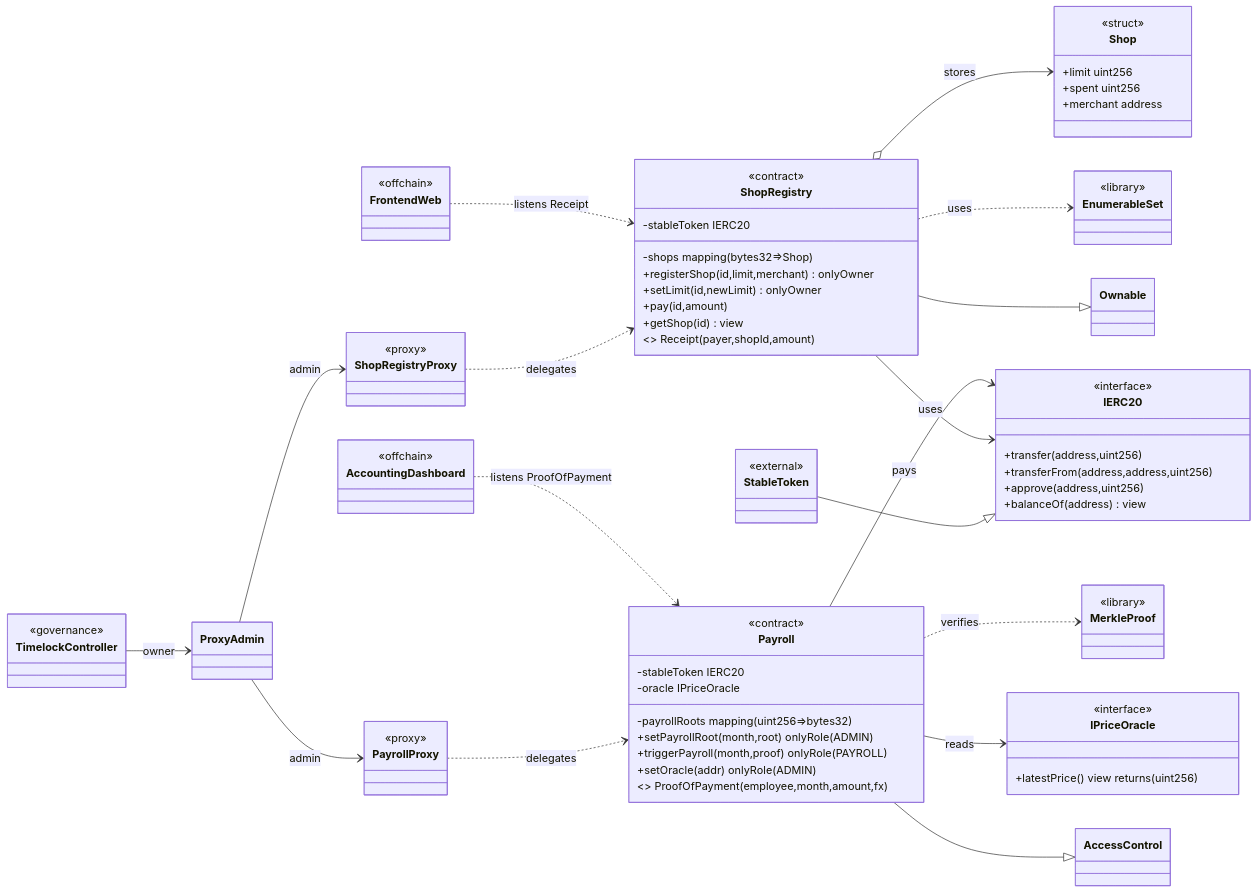
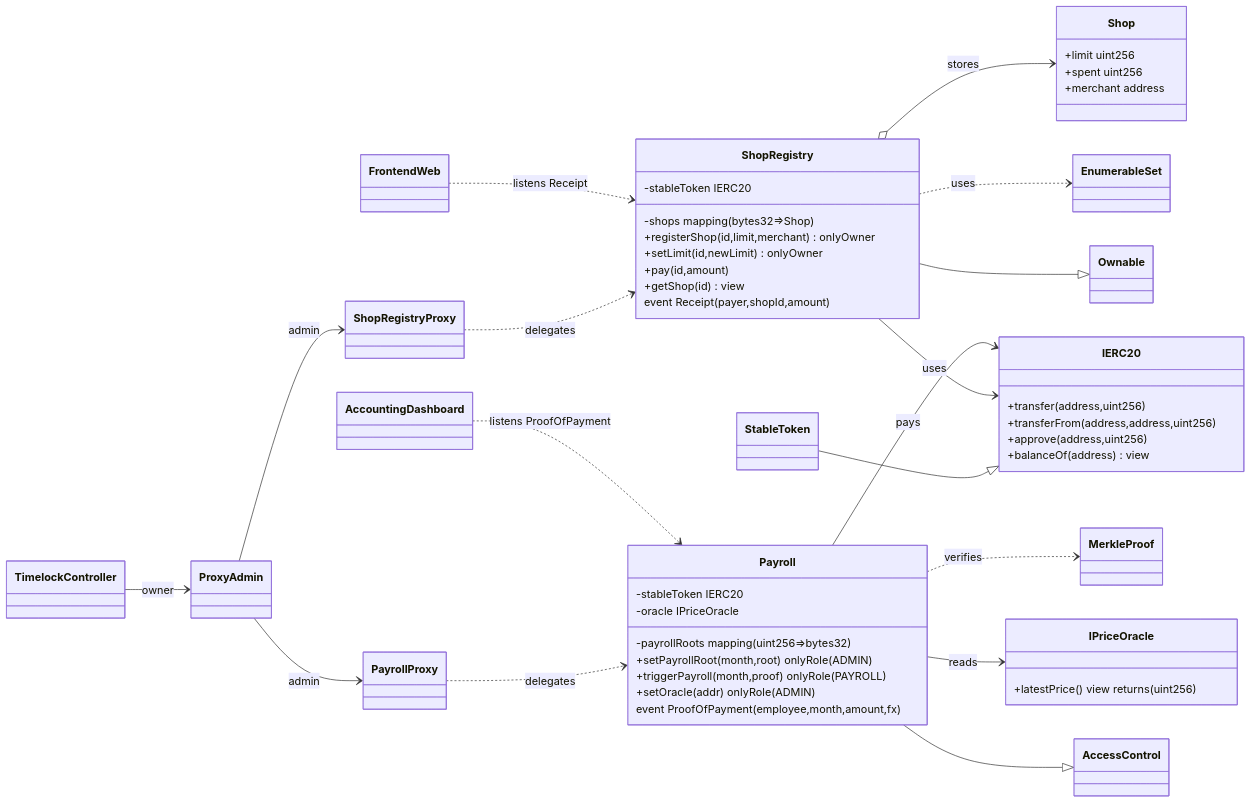
One commit to mkjyong/stable-payment-edu changed the second of 2 diagrams in README.md. Above: the diagram before and after it, drawn with Mermaid.

Commit message:
refactor: update class diagrams in README to remove interface and struct notations

````diff
--- a/README.md
+++ b/README.md
@@ -231,72 +231,72 @@
 ```mermaid
 classDiagram
 direction LR
 
-class IERC20 <<interface>>
+class IERC20
 IERC20 : +transfer(address,uint256)
 IERC20 : +transferFrom(address,address,uint256)
 IERC20 : +approve(address,uint256)
 IERC20 : +balanceOf(address) view
 
-class IPriceOracle <<interface>>
+class IPriceOracle
 IPriceOracle : +latestPrice() view returns(uint256)
 
-class MerkleProof <<library>>
-class EnumerableSet <<library>>
+class MerkleProof
+class EnumerableSet
 
 class Ownable
 class AccessControl
 
-class Shop <<struct>>
+class Shop
 Shop : +limit uint256
 Shop : +spent uint256
 Shop : +merchant address
 
-class ShopRegistry <<contract>>
+class ShopRegistry
 ShopRegistry : -stableToken IERC20
 ShopRegistry : -shops mapping(bytes32=>Shop)
 ShopRegistry : +registerShop(id,limit,merchant) onlyOwner
 ShopRegistry : +setLimit(id,newLimit) onlyOwner
 ShopRegistry : +pay(id,amount)
 ShopRegistry : +getShop(id) view
-ShopRegistry : <<event>> Receipt(payer,shopId,amount)
+ShopRegistry : event Receipt(payer,shopId,amount)
 
-class Payroll <<contract>>
+class Payroll
 Payroll : -stableToken IERC20
 Payroll : -oracle IPriceOracle
 Payroll : -payrollRoots mapping(uint256=>bytes32)
 Payroll : +setPayrollRoot(month,root) onlyRole(ADMIN)
 Payroll : +triggerPayroll(month,proof) onlyRole(PAYROLL)
 Payroll : +setOracle(addr) onlyRole(ADMIN)
-Payroll : <<event>> ProofOfPayment(employee,month,amount,fx)
+Payroll : event ProofOfPayment(employee,month,amount,fx)
 
-class StableToken <<external>>
+class StableToken
 StableToken --|> IERC20
 
-class ShopRegistryProxy <<proxy>>
-class PayrollProxy <<proxy>>
+class ShopRegistryProxy
+class PayrollProxy
 class ProxyAdmin
-class TimelockController <<governance>>
+class TimelockController
 
-class FrontendWeb <<offchain>>
-class AccountingDashboard <<offchain>>
+class FrontendWeb
+class AccountingDashboard
 
 ShopRegistry o--> Shop : stores
 ShopRegistry --> IERC20 : uses
 ShopRegistry ..> EnumerableSet : uses
 Payroll --> IERC20 : pays
 Payroll ..> MerkleProof : verifies
 Payroll --> IPriceOracle : reads
 
 ShopRegistry --|> Ownable
 Payroll --|> AccessControl
 
 ShopRegistryProxy ..> ShopRegistry : delegates
 PayrollProxy ..> Payroll : delegates
 ProxyAdmin --> ShopRegistryProxy : admin
 ProxyAdmin --> PayrollProxy : admin
 TimelockController --> ProxyAdmin : owner
 
 FrontendWeb ..> ShopRegistry : listens Receipt
 AccountingDashboard ..> Payroll : listens ProofOfPayment
 ```
````
